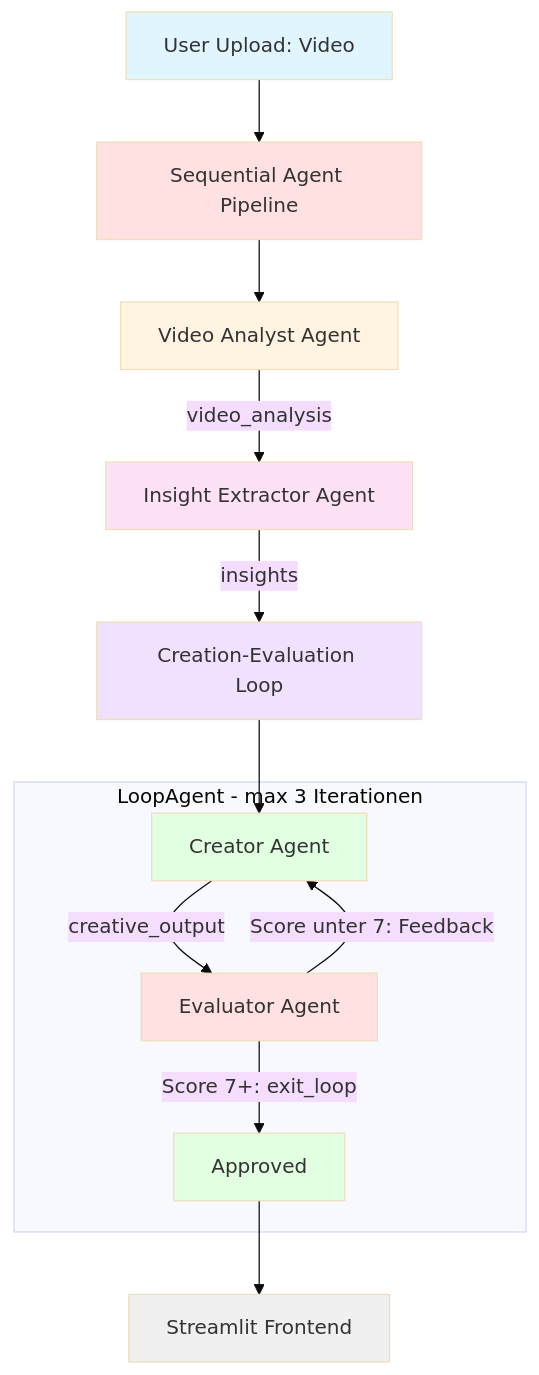
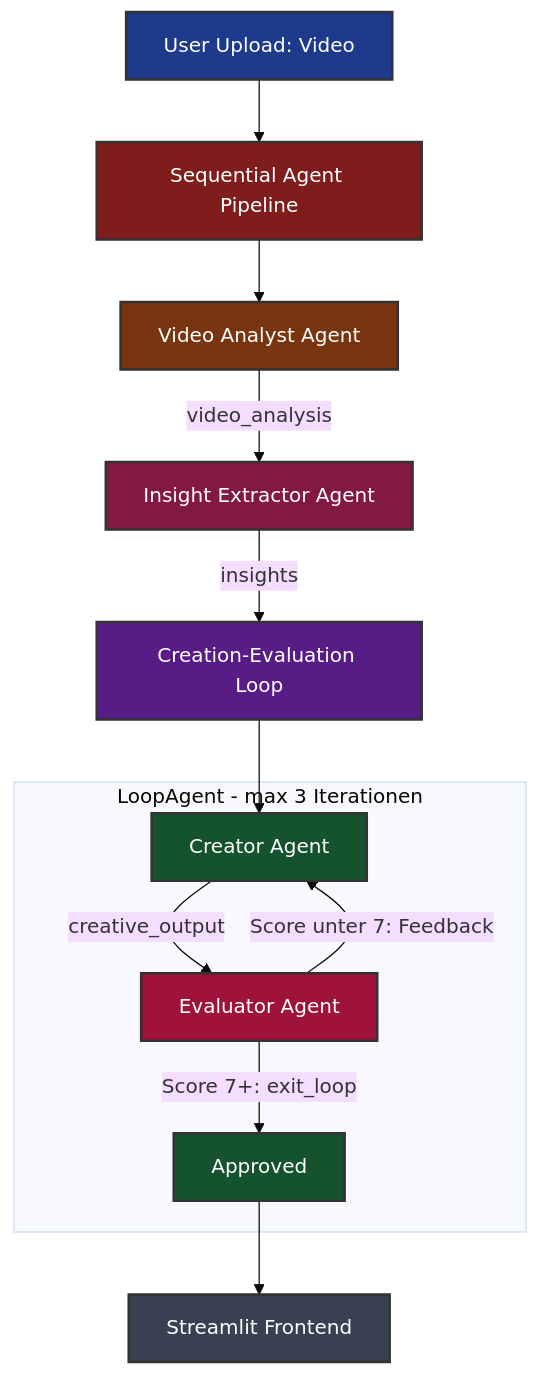
The diagram in README.md (MarselProg2/AI_Agent_Abgabe), drawn with Mermaid (base theme) before and after one commit. The commit also changed other lines of this file and 1 other file, not shown here.

Commit message:
mermaid change

````diff
--- a/README.md
+++ b/README.md
@@ -13,26 +13,26 @@
 ```mermaid
 graph TB
     A["User Upload: Video"] --> B["Sequential Agent Pipeline"]
     B --> C["Video Analyst Agent"]
     C -->|"video_analysis"| D["Insight Extractor Agent"]
     D -->|"insights"| E["Creation-Evaluation Loop"]
 
     subgraph LoopAgent["LoopAgent - max 3 Iterationen"]
         F["Creator Agent"] -->|"creative_output"| G["Evaluator Agent"]
         G -->|"Score unter 7: Feedback"| F
         G -->|"Score 7+: exit_loop"| H["Approved"]
     end
 
     E --> F
     H --> I["Streamlit Frontend"]
 
-    style A fill:#e1f5ff
-    style B fill:#ffe1e1
-    style C fill:#fff4e1
-    style D fill:#ffe1f5
-    style E fill:#f0e1ff
-    style F fill:#e1ffe1
-    style G fill:#ffe1e1
-    style H fill:#e1ffe1
-    style I fill:#f0f0f0
+    style A fill:#1e3a8a,stroke:#333,stroke-width:2px,color:#fff
+    style B fill:#7f1d1d,stroke:#333,stroke-width:2px,color:#fff
+    style C fill:#78350f,stroke:#333,stroke-width:2px,color:#fff
+    style D fill:#831843,stroke:#333,stroke-width:2px,color:#fff
+    style E fill:#581c87,stroke:#333,stroke-width:2px,color:#fff
+    style F fill:#14532d,stroke:#333,stroke-width:2px,color:#fff
+    style G fill:#9f1239,stroke:#333,stroke-width:2px,color:#fff
+    style H fill:#14532d,stroke:#333,stroke-width:2px,color:#fff
+    style I fill:#374151,stroke:#333,stroke-width:2px,color:#fff
 ```
````
